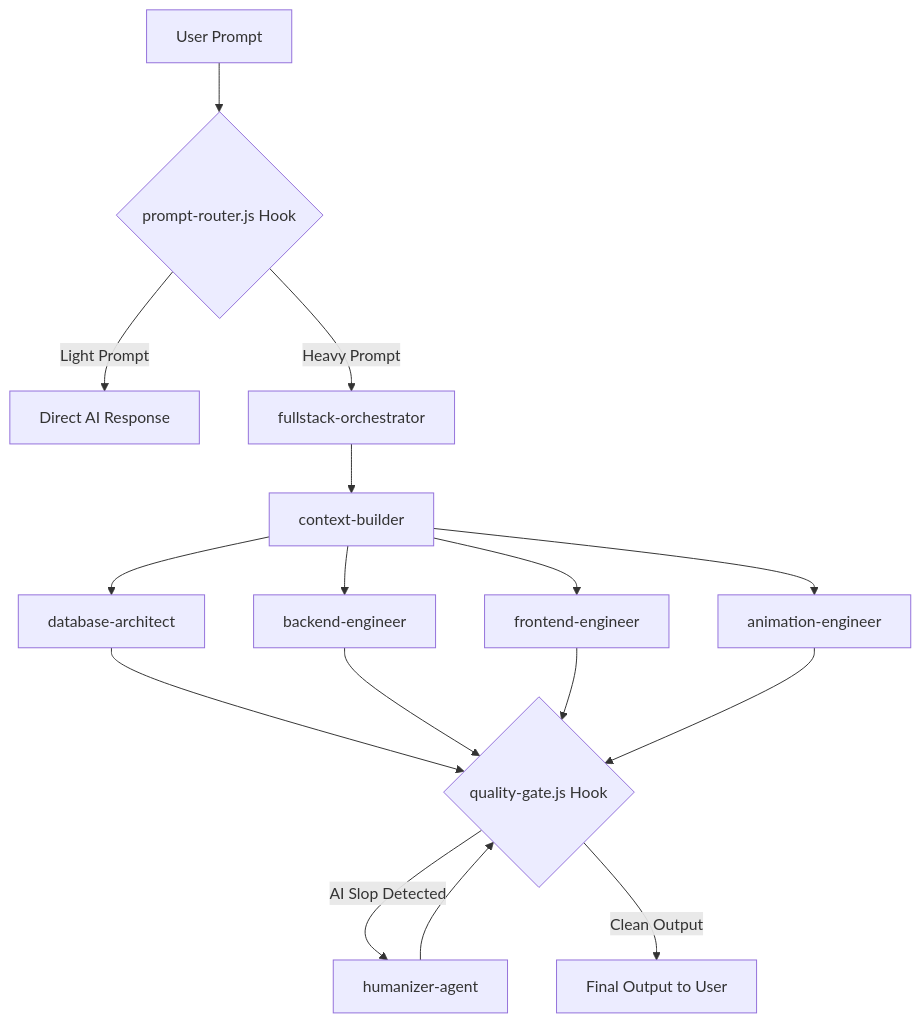
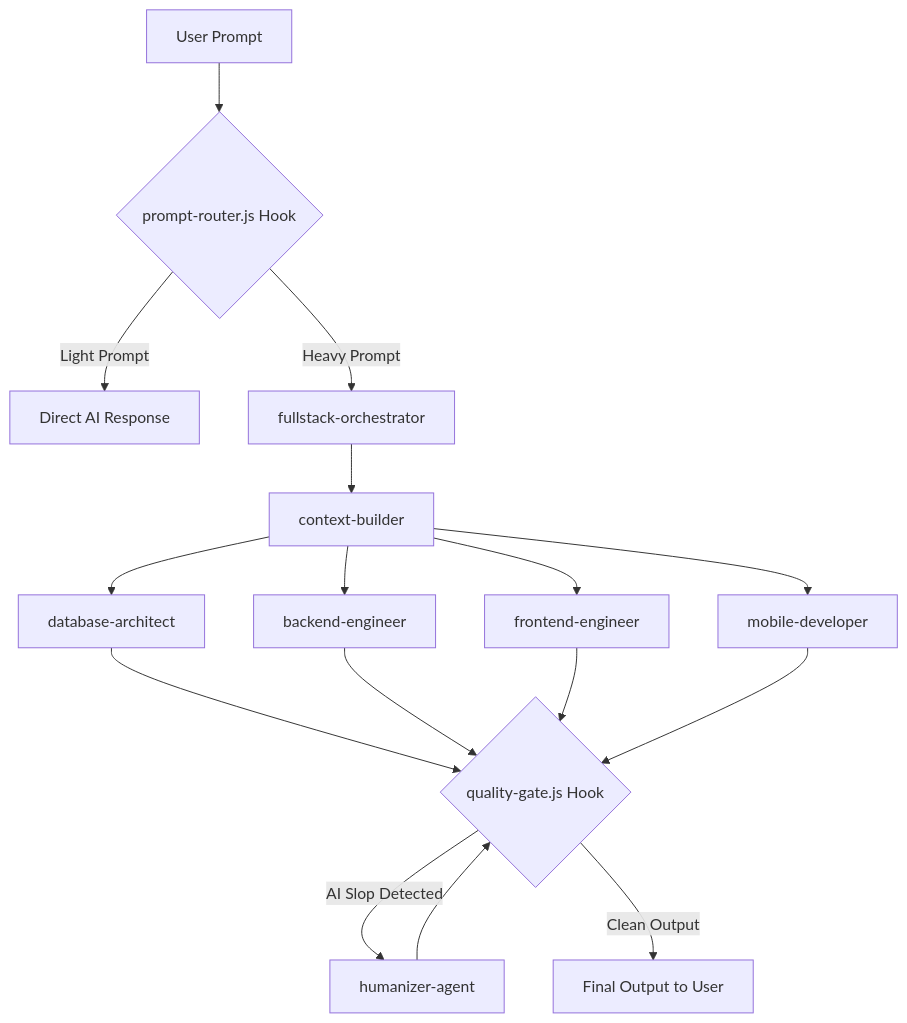
The diagram in README.md (vansy11/universal-qwen-agentic-harness), drawn with Mermaid before and after one commit. The commit also changed other lines of this file and 189 other files, not shown here.

````diff
--- a/README.md
+++ b/README.md
@@ -171,15 +176,15 @@
 ```mermaid
 graph TD
     A[User Prompt] --> B{prompt-router.js Hook}
     B -->|Light Prompt| C[Direct AI Response]
     B -->|Heavy Prompt| D[fullstack-orchestrator]
     D --> E[context-builder]
     E --> F[database-architect]
     E --> G[backend-engineer]
     E --> H[frontend-engineer]
-    E --> I[animation-engineer]
+    E --> I[mobile-developer]
     F & G & H & I --> J{quality-gate.js Hook}
     J -->|AI Slop Detected| K[humanizer-agent]
     K --> J
     J -->|Clean Output| L[Final Output to User]
 ```
````
